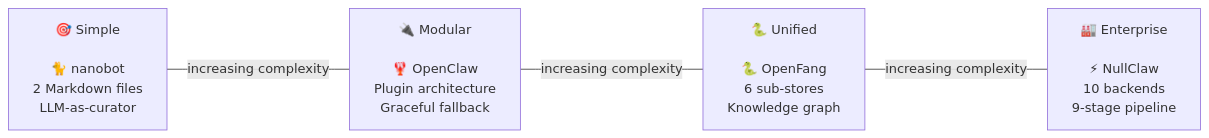
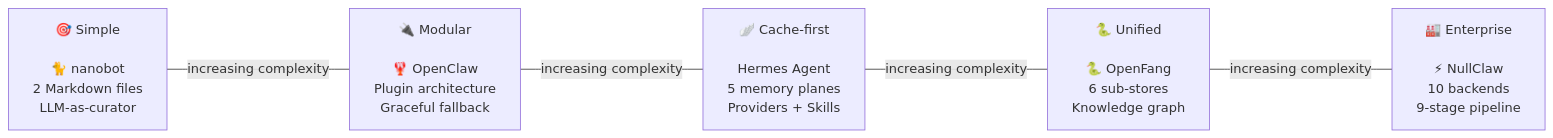
One commit to breath57/how-ai-agents-remember changed the sixth of 6 diagrams in README.en.md. Above: the diagram before and after it, drawn with Mermaid. The commit also changed other lines of this file and 11 other files, not shown here.

Commit message:
docs: add Hermes Agent memory analysis

````diff
--- a/README.en.md
+++ b/README.en.md
@@ -244,6 +276,7 @@
 ```mermaid
 graph LR
     A["`🎯 Simple<br/><br/>🐈 nanobot<br/>2 Markdown files<br/>LLM-as-curator`"] ---|increasing complexity| B["`🔌 Modular<br/><br/>🦞 OpenClaw<br/>Plugin architecture<br/>Graceful fallback`"]
-    B ---|increasing complexity| C["`🐍 Unified<br/><br/>🐍 OpenFang<br/>6 sub-stores<br/>Knowledge graph`"]
-    C ---|increasing complexity| D["`🏭 Enterprise<br/><br/>⚡ NullClaw<br/>10 backends<br/>9-stage pipeline`"]
+    B ---|increasing complexity| C["`🪽 Cache-first<br/><br/>Hermes Agent<br/>5 memory planes<br/>Providers + Skills`"]
+    C ---|increasing complexity| D["`🐍 Unified<br/><br/>🐍 OpenFang<br/>6 sub-stores<br/>Knowledge graph`"]
+    D ---|increasing complexity| E["`🏭 Enterprise<br/><br/>⚡ NullClaw<br/>10 backends<br/>9-stage pipeline`"]
 ```
````
